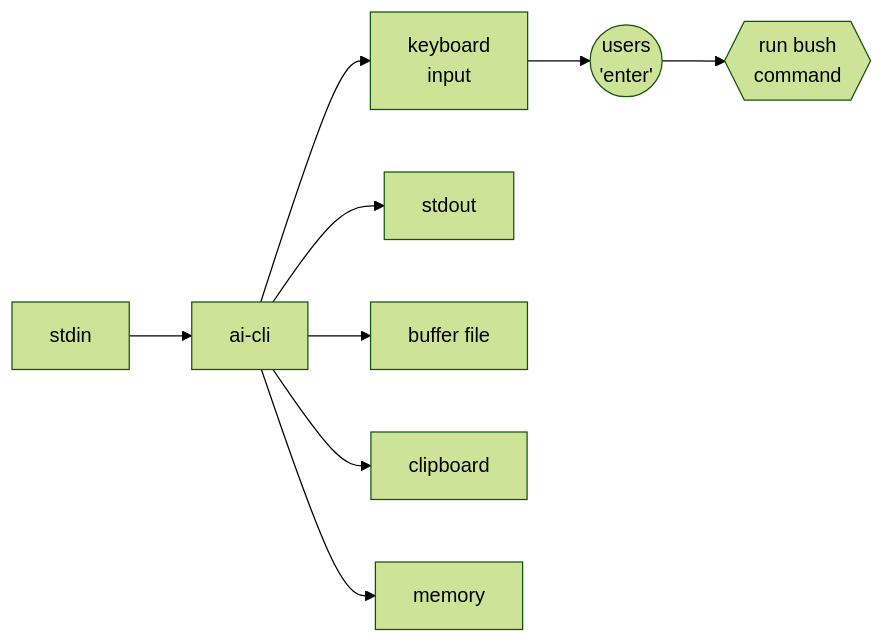
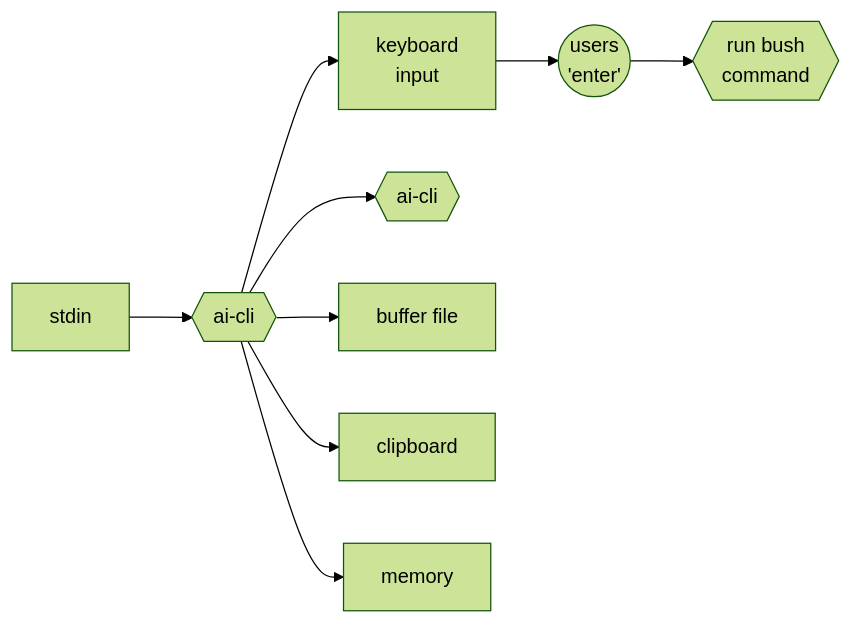
Before and after one commit to johnthesmith/ai-cli: the first of 2 diagrams in README.md, drawn with Mermaid (forest theme).

Commit message:
Auto commit

````diff
--- a/README.md
+++ b/README.md
@@ -30,15 +30,15 @@
 ```mermaid
 flowchart LR    
     keyboard[ keyboard \n input ]
-    stdout
+    stdout{{ai-cli}}
     buffer[buffer file] 
     clipboard
     memory
-    ai[ai-cli]
+    ai{{ai-cli}}
     bash{{ run bush \n command}}
 
 
     user((users \n 'enter'))
     keyboard --> user --> bash
     stdin --> ai --> keyboard & stdout & memory & buffer & clipboard
 ```
````
